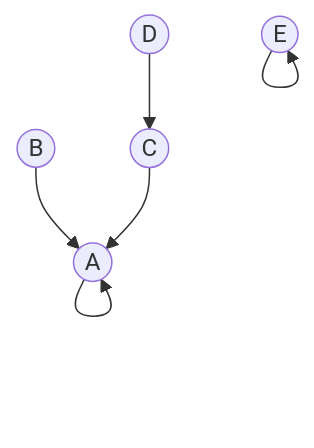
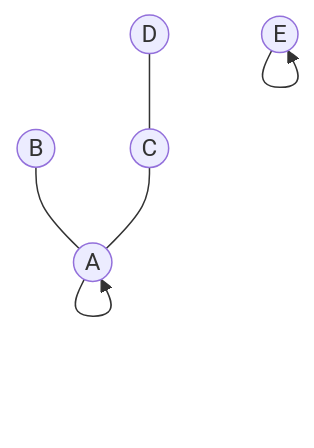
Before and after one commit to FSBCS/ACS: the fourth of 4 diagrams in Unit 0/Lesson1.md, drawn with Mermaid. The commit also changed other lines of this file, not shown here.

````diff
--- a/Unit 0/Lesson1.md
+++ b/Unit 0/Lesson1.md
@@ -70,8 +55,8 @@
 ```mermaid
-graph TD
+graph 
     A((A)) --> A
-    B((B)) --> A
-    C((C)) --> A
-    D((D)) --> C
+    B((B)) --- A
+    C((C)) --- A
+    D((D)) --- C
     E((E)) --> E
 ```
````
